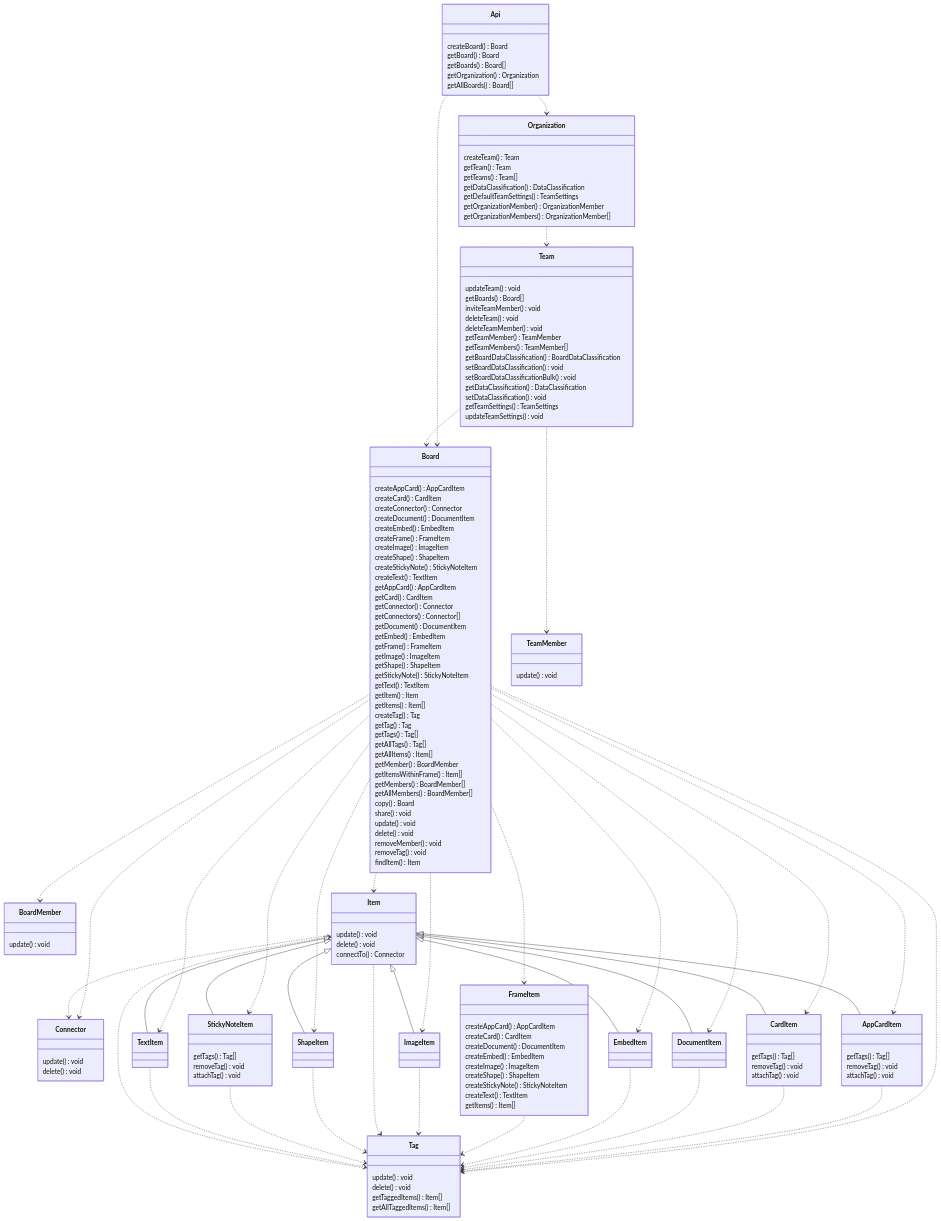
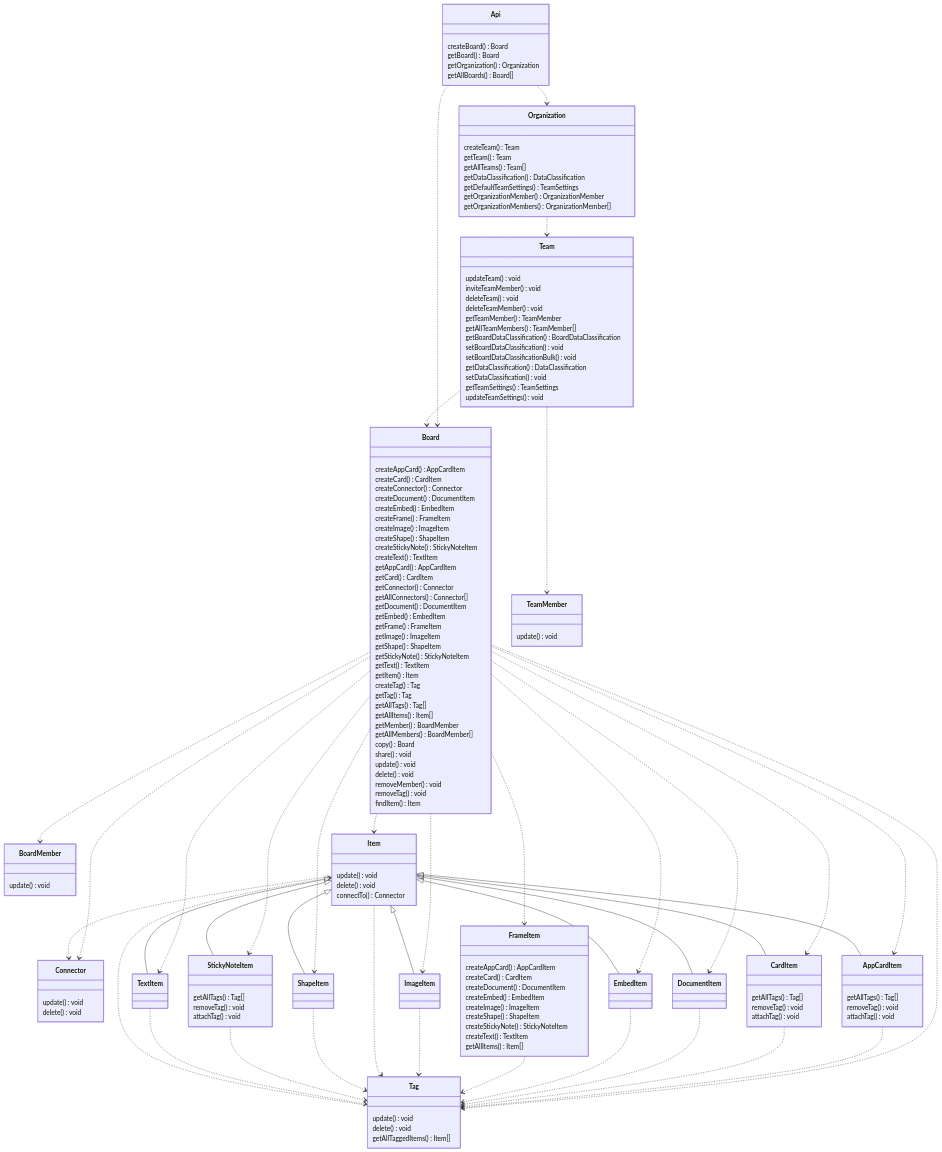
The diagram in MODELS.md (miroapp/api-clients), drawn with Mermaid before and after one commit. The commit also changed 11 other files, not shown here.

````diff
--- a/MODELS.md
+++ b/MODELS.md
@@ -48,12 +48,7 @@
   class Api {
     createBoard() Board
     getBoard() Board
-    getBoards() Board[]
     getOrganization() Organization
-  }
-
-  %% NICE
-  class Api {
     getAllBoards() Board[]
   }
 
@@ -61,7 +56,7 @@
   class Organization {
     createTeam() Team
     getTeam() Team
-    getTeams() Team[]
+    getAllTeams() Team[]
   }
 
   %% NICE
@@ -75,12 +70,11 @@
   %% MUST
   class Team {
     updateTeam() void
-    getBoards() Board[]
     inviteTeamMember() void
     deleteTeam() void
     deleteTeamMember() void
     getTeamMember() TeamMember
-    getTeamMembers() TeamMember[]
+    getAllTeamMembers() TeamMember[]
   }
 
   %% NICE
@@ -114,7 +108,7 @@
     getAppCard() AppCardItem
     getCard() CardItem
     getConnector() Connector
-    getConnectors() Connector[]
+    getAllConnectors() Connector[]
     getDocument() DocumentItem
     getEmbed() EmbedItem
     getFrame() FrameItem
@@ -123,19 +117,15 @@
     getStickyNote() StickyNoteItem
     getText() TextItem
     getItem() Item
-    getItems() Item[]
   }
 
   %% NICE
   class Board {
     createTag() Tag
     getTag() Tag
-    getTags() Tag[]
     getAllTags() Tag[]
     getAllItems() Item[]
     getMember() BoardMember
-    getItemsWithinFrame() Item[]
-    getMembers() BoardMember[]
     getAllMembers() BoardMember[]
     copy() Board
     share() void
@@ -164,14 +154,14 @@
 
   %% MUST
   class AppCardItem {
-    getTags() Tag[]
+    getAllTags() Tag[]
     removeTag() void
     attachTag() void
   }
 
   %% MUST
   class CardItem {
-    getTags() Tag[]
+    getAllTags() Tag[]
     removeTag() void
     attachTag() void
   }
@@ -199,7 +189,7 @@
     createStickyNote() StickyNoteItem
     createText() TextItem
 
-    getItems() Item[]
+    getAllItems() Item[]
   }
 
   %% MUST
@@ -212,7 +202,7 @@
 
   %% MUST
   class StickyNoteItem {
-    getTags() Tag[]
+    getAllTags() Tag[]
     removeTag() void
     attachTag() void
   }
@@ -231,7 +221,6 @@
   class Tag {
     update() void
     delete() void
-    getTaggedItems() Item[]
     getAllTaggedItems() Item[]
   }
 ```
````
